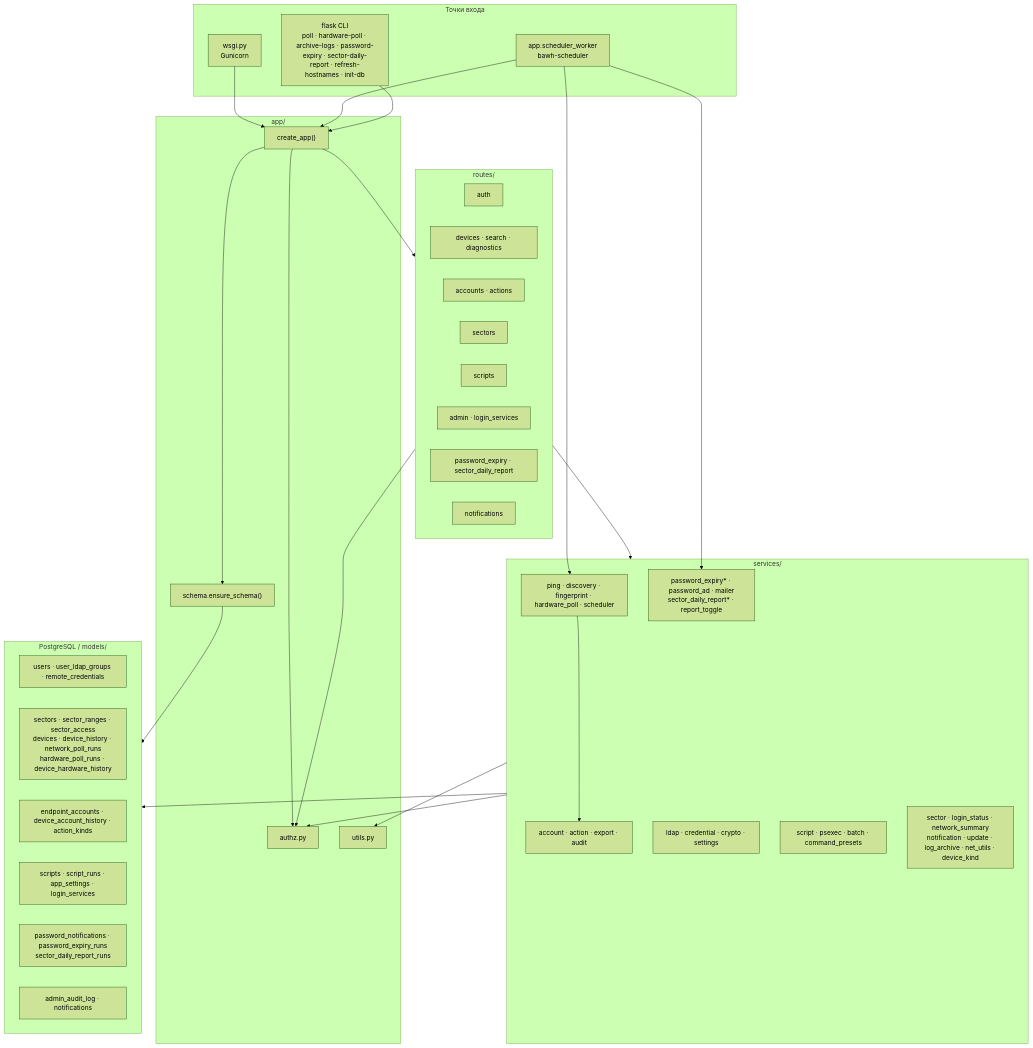
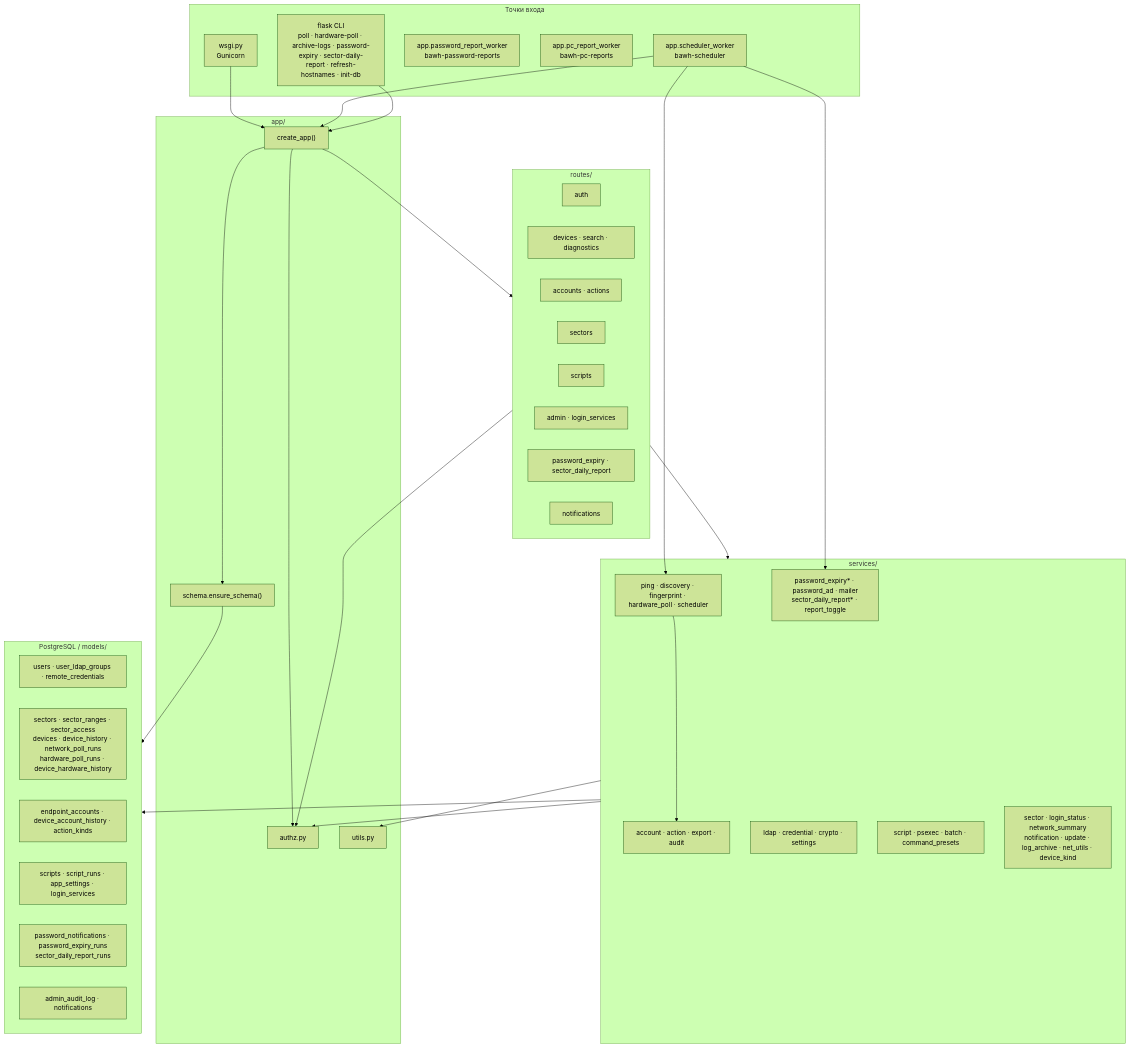
Before and after one commit to blazerity/admin-webhelper: the first of 2 diagrams in docs/ARCHITECTURE.md, drawn with Mermaid (forest theme). The commit also changed other lines of this file and 23 other files, not shown here.

````diff
--- a/docs/ARCHITECTURE.md
+++ b/docs/ARCHITECTURE.md
@@ -116,60 +118,62 @@
 ```mermaid
 flowchart TB
   subgraph entry["Точки входа"]
     WSGI["wsgi.py<br/>Gunicorn"]
     SCHED["app.scheduler_worker<br/>bawh-scheduler"]
+    PWD_W["app.password_report_worker<br/>bawh-password-reports"]
+    PC_W["app.pc_report_worker<br/>bawh-pc-reports"]
     CLI["flask CLI<br/>poll · hardware-poll · archive-logs · password-expiry · sector-daily-report · refresh-hostnames · init-db"]
   end
 
   subgraph app_core["app/"]
     CREATE["create_app()"]
     SCHEMA["schema.ensure_schema()"]
     AUTH["authz.py"]
     UTILS["utils.py"]
   end
 
   subgraph http["routes/"]
     R_AUTH["auth"]
     R_DEV["devices · search · diagnostics"]
     R_ACC["accounts · actions"]
     R_SEC["sectors"]
     R_SCR["scripts"]
     R_ADM["admin · login_services"]
     R_PWD["password_expiry · sector_daily_report"]
     R_NTF["notifications"]
   end
 
   subgraph services["services/"]
     S_POLL["ping · discovery · fingerprint · hardware_poll · scheduler"]
     S_ACC["account · action · export · audit"]
     S_ID["ldap · credential · crypto · settings"]
     S_RUN["script · psexec · batch · command_presets"]
     S_PWD["password_expiry* · password_ad · mailer<br/>sector_daily_report* · report_toggle"]
     S_OTH["sector · login_status · network_summary<br/>notification · update · log_archive · net_utils · device_kind"]
   end
 
   subgraph data["PostgreSQL / models/"]
     M_USER["users · user_ldap_groups · remote_credentials"]
     M_NET["sectors · sector_ranges · sector_access<br/>devices · device_history · network_poll_runs<br/>hardware_poll_runs · device_hardware_history"]
     M_ACC["endpoint_accounts · device_account_history · action_kinds"]
     M_SCR["scripts · script_runs · app_settings · login_services"]
     M_PWD["password_notifications · password_expiry_runs<br/>sector_daily_report_runs"]
     M_NTF["admin_audit_log · notifications"]
   end
 
   WSGI --> CREATE
   SCHED --> CREATE
   CLI --> CREATE
   CREATE --> SCHEMA
   CREATE --> http
   CREATE --> AUTH
   http --> services
   http --> AUTH
   SCHED --> S_POLL
   SCHED --> S_PWD
   services --> data
   services --> AUTH
   services --> UTILS
   S_POLL --> S_ACC
   SCHEMA --> data
 ```
````
